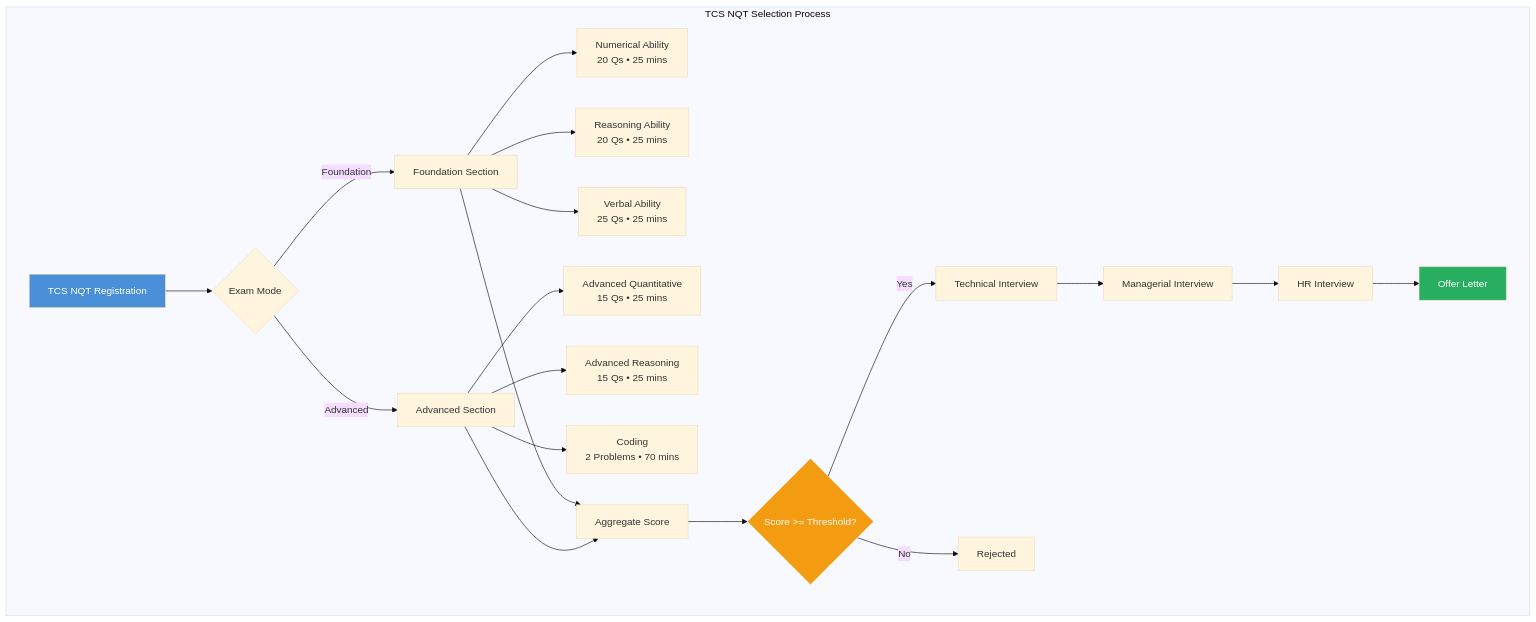
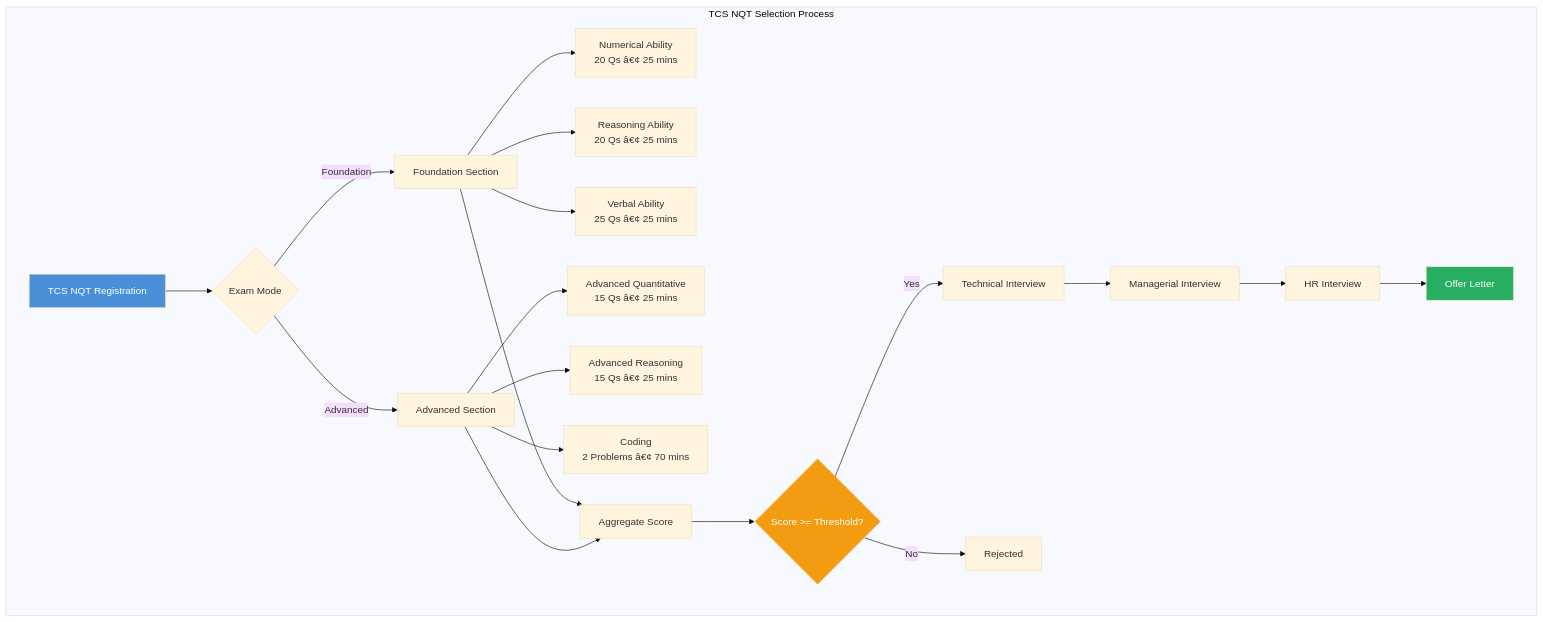
The first of 2 diagrams in docs/courses/interview-preparation/11-company-tcs-nqt.md (Raushan666java/ai-engineering-journey), drawn with Mermaid (base theme) before and after one commit. The commit also changed other lines of this file and 735 other files, not shown here.

````diff
--- a/docs/courses/interview-preparation/11-company-tcs-nqt.md
+++ b/docs/courses/interview-preparation/11-company-tcs-nqt.md
@@ -31,26 +31,26 @@
 ```mermaid
 flowchart TD
     subgraph "TCS NQT Selection Process"
         A[TCS NQT Registration] --> B{Exam Mode}
         B -->|Foundation| C[Foundation Section]
         B -->|Advanced| D[Advanced Section]
-        C --> E[Numerical Ability<br/>20 Qs • 25 mins]
-        C --> F[Reasoning Ability<br/>20 Qs • 25 mins]
-        C --> G[Verbal Ability<br/>25 Qs • 25 mins]
-        D --> H[Advanced Quantitative<br/>15 Qs • 25 mins]
-        D --> I[Advanced Reasoning<br/>15 Qs • 25 mins]
-        D --> J[Coding<br/>2 Problems • 70 mins]
+        C --> E[Numerical Ability<br/>20 Qs â€¢ 25 mins]
+        C --> F[Reasoning Ability<br/>20 Qs â€¢ 25 mins]
+        C --> G[Verbal Ability<br/>25 Qs â€¢ 25 mins]
+        D --> H[Advanced Quantitative<br/>15 Qs â€¢ 25 mins]
+        D --> I[Advanced Reasoning<br/>15 Qs â€¢ 25 mins]
+        D --> J[Coding<br/>2 Problems â€¢ 70 mins]
         C --> K[Aggregate Score]
         D --> K
         K --> L{Score >= Threshold?}
         L -->|Yes| M[Technical Interview]
         L -->|No| N[Rejected]
         M --> O[Managerial Interview]
         O --> P[HR Interview]
         P --> Q[Offer Letter]
     end
 
     style A fill:#4a90d9,color:#fff
     style Q fill:#27ae60,color:#fff
     style L fill:#f39c12,color:#fff
 ```
````
